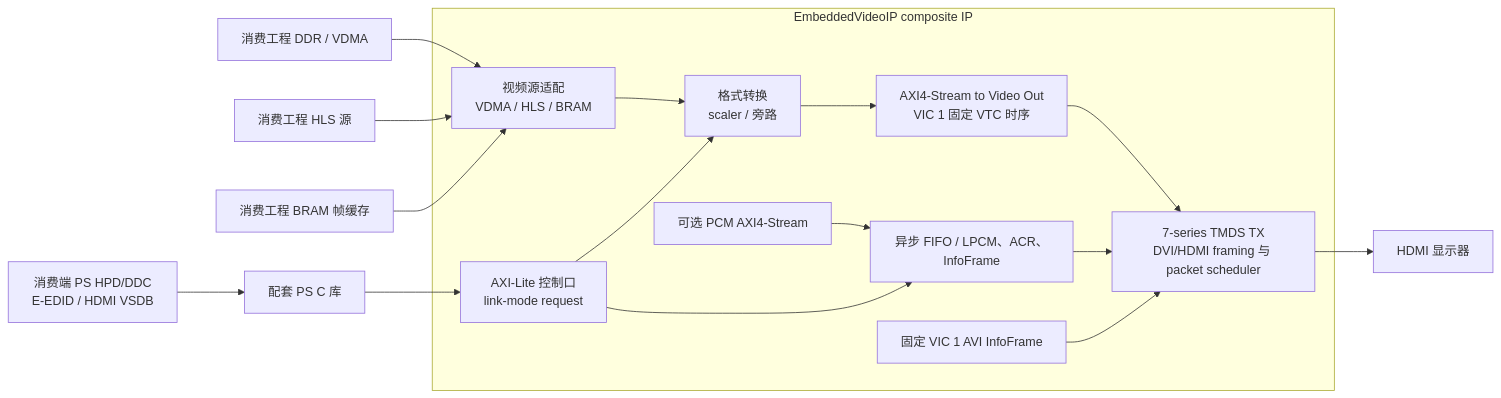
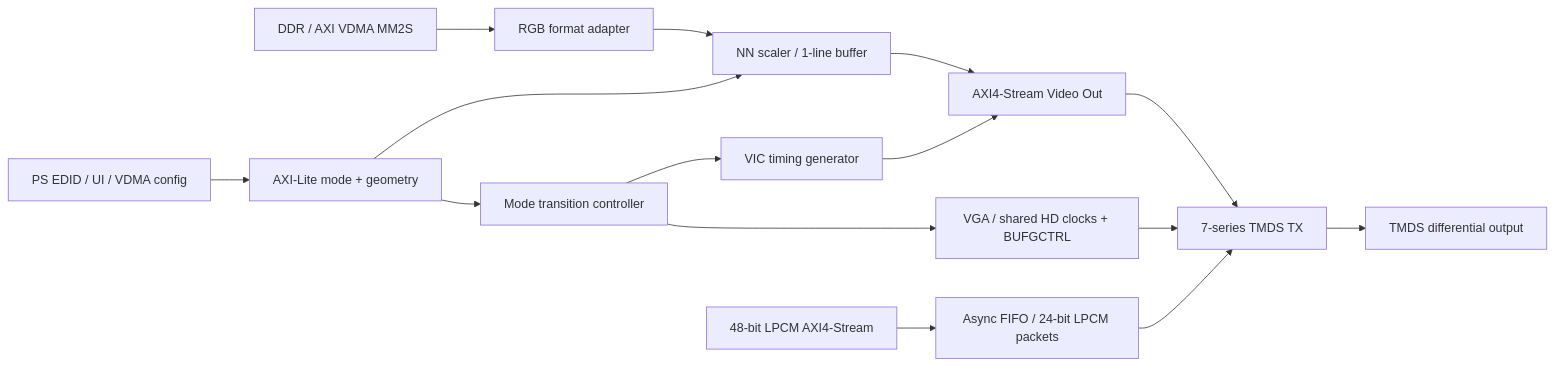
Before and after one commit to ArthurPan2026/EmbeddedVideoIP: the diagram in docs/architecture.md, drawn with Mermaid. The commit also changed other lines of this file and 113 other files, not shown here.

Commit message:
feat(hdmi): add output mode switching and timing profiles

````diff
--- a/docs/architecture.md
+++ b/docs/architecture.md
@@ -7,19 +7,17 @@
 ```mermaid
 flowchart LR
-    subgraph EVIP["EmbeddedVideoIP composite IP"]
-        SRC["视频源适配<br/>VDMA / HLS / BRAM"] --> CORE["格式转换<br/>scaler / 旁路"]
-        CORE --> VOUT["AXI4-Stream to Video Out<br/>VIC 1 固定 VTC 时序"]
-        VOUT --> TX["7-series TMDS TX<br/>DVI/HDMI framing 与 packet scheduler"]
-        PCM["可选 PCM AXI4-Stream"] --> AUDIO["异步 FIFO / LPCM、ACR、InfoFrame"]
-        AUDIO --> TX
-        AVI["固定 VIC 1 AVI InfoFrame"] --> TX
-        CTRL["AXI-Lite 控制口<br/>link-mode request"] --> CORE
-        CTRL --> AUDIO
-    end
-    DDR["消费工程 DDR / VDMA"] --> SRC
-    HLS["消费工程 HLS 源"] --> SRC
-    BRAM["消费工程 BRAM 帧缓存"] --> SRC
-    PS["配套 PS C 库"] --> CTRL
-    EDID["消费端 PS HPD/DDC<br/>E-EDID / HDMI VSDB"] --> PS
-    TX --> HDMI["HDMI 显示器"]
+    PS["PS EDID / UI / VDMA config"] --> CTRL["AXI-Lite mode + geometry"]
+    VDMA["DDR / AXI VDMA MM2S"] --> FORMAT["RGB format adapter"]
+    FORMAT --> SCALER["NN scaler / 1-line buffer"]
+    CTRL --> SCALER
+    CTRL --> MODE["Mode transition controller"]
+    MODE --> CLOCKS["VGA / shared HD clocks + BUFGCTRL"]
+    MODE --> TIMING["VIC timing generator"]
+    SCALER --> VOUT["AXI4-Stream Video Out"]
+    TIMING --> VOUT
+    VOUT --> TX["7-series TMDS TX"]
+    CLOCKS --> TX
+    PCM["48-bit LPCM AXI4-Stream"] --> FIFO["Async FIFO / 24-bit LPCM packets"]
+    FIFO --> TX
+    TX --> HDMI["TMDS differential output"]
 ```
````
